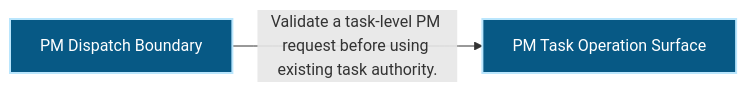
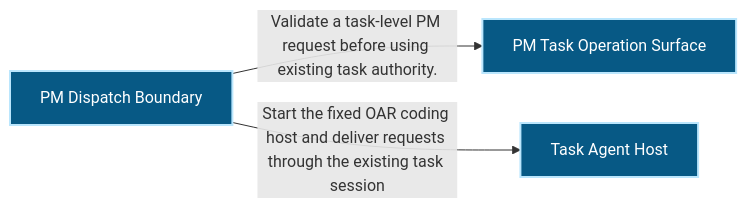
Before and after one commit to Ancienttwo/repo-harness: the first of 2 diagrams in docs/architecture/modules/runtime-harness/pm-dispatch.md, drawn with Mermaid. The commit also changed other lines of this file and 54 other files, not shown here.

````diff
--- a/docs/architecture/modules/runtime-harness/pm-dispatch.md
+++ b/docs/architecture/modules/runtime-harness/pm-dispatch.md
@@ -16,10 +16,12 @@
 ```mermaid
 flowchart LR
   p1_capability_runtime_harness_pm_dispatch_a1501b88["PM Dispatch Boundary"]:::component
+  p1_capability_runtime_harness_task_agent_host_d81dadb6["Task Agent Host"]:::component
   p1_component_pm_dispatch_primary_b8936721["PM Task Operation Surface"]:::component
   p1_capability_runtime_harness_pm_dispatch_a1501b88 -->|"Validate a task-level PM request before using existing task authority."| p1_component_pm_dispatch_primary_b8936721
+  p1_capability_runtime_harness_pm_dispatch_a1501b88 -->|"Start the fixed OAR coding host and deliver requests through the existing task session"| p1_capability_runtime_harness_task_agent_host_d81dadb6
   classDef actor fill:#111827,color:#ffffff,stroke:#f9fafb,stroke-width:2px
   classDef component fill:#075985,color:#ffffff,stroke:#bae6fd,stroke-width:2px
   classDef datastore fill:#3f6212,color:#ffffff,stroke:#d9f99d,stroke-width:2px
   classDef external fill:#7c2d12,color:#ffffff,stroke:#fed7aa,stroke-width:2px
 ```
````
